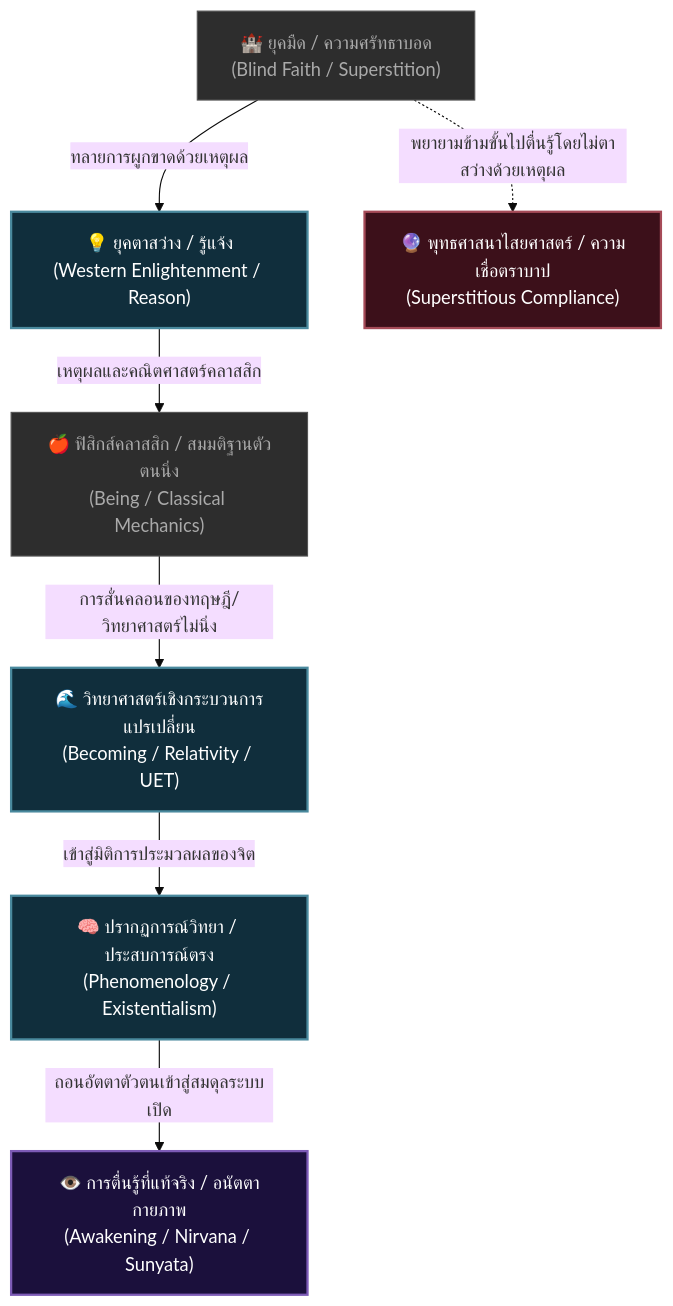
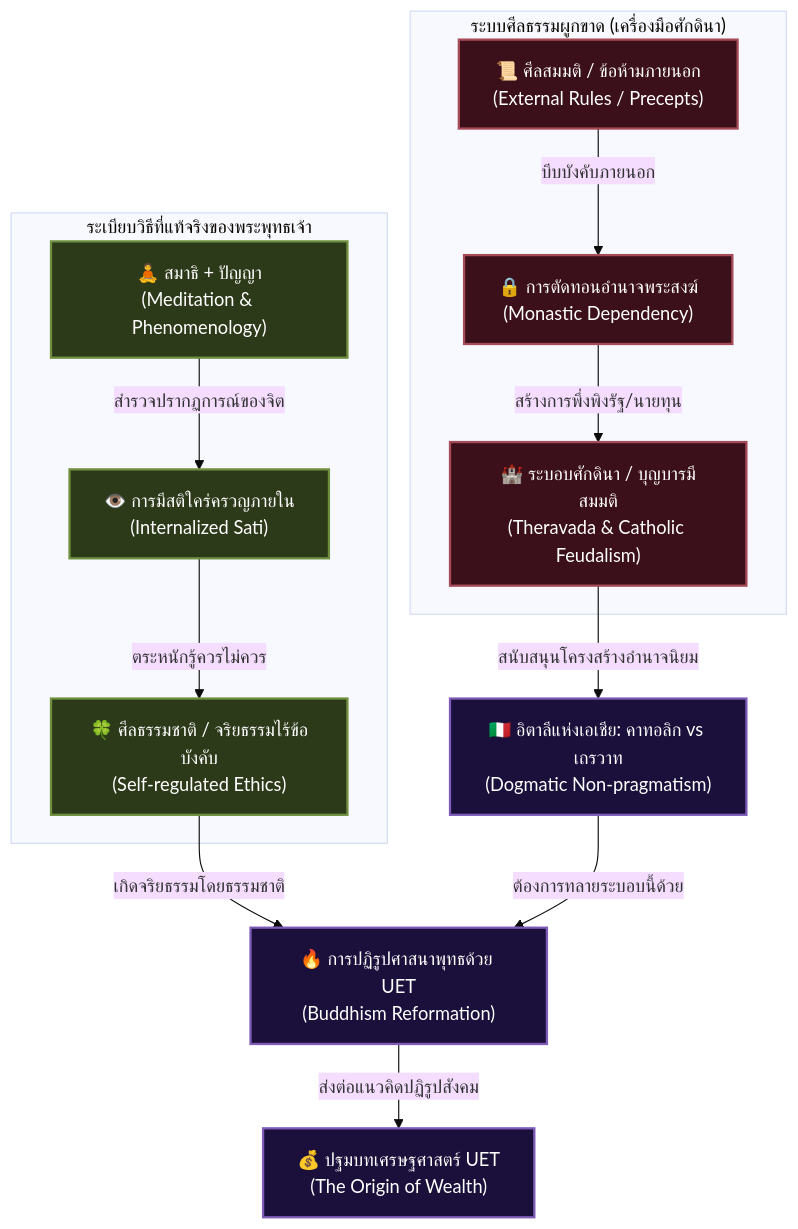
The diagram in uet_history/3_publish/books/05_reformation_of_the_mind/book_blueprint.md (ellipszist/unityequilibriumtheory), drawn with Mermaid (base theme) before and after one commit. The commit also changed other lines of this file and 1 other file, not shown here.

Commit message:
docs: refine Book 5 blueprint with user specific arguments on Sila, monks and Italy comparison

````diff
--- a/uet_history/3_publish/books/05_reformation_of_the_mind/book_blueprint.md
+++ b/uet_history/3_publish/books/05_reformation_of_the_mind/book_blueprint.md
@@ -10,27 +10,41 @@
 ```mermaid
 graph TD
-    %% Historical Evolution
-    DarkAge["🏰 ยุคมืด / ความศรัทธาบอด<br/>(Blind Faith / Superstition)"] -->|ทลายการผูกขาดด้วยเหตุผล| Enlightenment["💡 ยุคตาสว่าง / รู้แจ้ง<br/>(Western Enlightenment / Reason)"]
+    %% Dogmatic Path (The Problem)
+    subgraph Dogma ["ระบบศีลธรรมผูกขาด (เครื่องมือศักดินา)"]
+        Precepts["📜 ศีลสมมติ / ข้อห้ามภายนอก<br/>(External Rules / Precepts)"]
+        MonkLimits["🔒 การตัดทอนอำนาจพระสงฆ์<br/>(Monastic Dependency)"]
+        Feudalism["🏰 ระบอบศักดินา / บุญบารมีสมมติ<br/>(Theravada & Catholic Feudalism)"]
+    end
+
+    %% Buddha's Actual Path (The Solution)
+    subgraph Buddha ["ระเบียบวิธีที่แท้จริงของพระพุทธเจ้า"]
+        SamadhiPanna["🧘 สมาธิ + ปัญญา<br/>(Meditation & Phenomenology)"]
+        SatiAwake["👁️ การมีสติใคร่ครวญภายใน<br/>(Internalized Sati)"]
+        NaturalSila["🍀 ศีลธรรมชาติ / จริยธรรมไร้ข้อบังคับ<br/>(Self-regulated Ethics)"]
+    end
+
+    %% Comparative analysis
+    ItalyAnalog["🇮🇹 อิตาลีแห่งเอเชีย: คาทอลิก vs เถรวาท<br/>(Dogmatic Non-pragmatism)"]
+    Reformation["🔥 การปฏิรูปศาสนาพุทธด้วย UET<br/>(Buddhism Reformation)"]
+
+    %% Flow
+    Precepts -->|บีบบังคับภายนอก| MonkLimits
+    MonkLimits -->|สร้างการพึ่งพิงรัฐ/นายทุน| Feudalism
+    Feudalism -->|สนับสนุนโครงสร้างอำนาจนิยม| ItalyAnalog
     
-    Enlightenment -->|เหตุผลและคณิตศาสตร์คลาสสิก| Science["🍎 ฟิสิกส์คลาสสิก / สมมติฐานตัวตนนิ่ง<br/>(Being / Classical Mechanics)"]
+    SamadhiPanna -->|สำรวจปรากฏการณ์ของจิต| SatiAwake
+    SatiAwake -->|ตระหนักรู้ควรไม่ควร| NaturalSila
+    NaturalSila -->|เกิดจริยธรรมโดยธรรมชาติ| Reformation
     
-    Science -->|การสั่นคลอนของทฤษฎี/วิทยาศาสตร์ไม่นิ่ง| Becoming["🌊 วิทยาศาสตร์เชิงกระบวนการแปรเปลี่ยน<br/>(Becoming / Relativity / UET)"]
-    
-    Becoming -->|เข้าสู่มิติการประมวลผลของจิต| Phenomenology["🧠 ปรากฏการณ์วิทยา / ประสบการณ์ตรง<br/>(Phenomenology / Existentialism)"]
-    
-    Phenomenology -->|ถอนอัตตาตัวตนเข้าสู่สมดุลระบบเปิด| Awakening["👁️ การตื่นรู้ที่แท้จริง / อนัตตากายภาพ<br/>(Awakening / Nirvana / Sunyata)"]
-    
-    %% Contrast with Failure Path (Trying to skip Enlightenment)
-    DarkAge -.->|พยายามข้ามขั้นไปตื่นรู้โดยไม่ตาสว่างด้วยเหตุผล| FakeAwake["🔮 พุทธศาสนาไสยศาสตร์ / ความเชื่อตราบาป<br/>(Superstitious Compliance)"]
+    ItalyAnalog -->|ต้องการทลายระบอบนี้ด้วย| Reformation
+    Reformation -->|ส่งต่อแนวคิดปฏิรูปสังคม| EconBridge["💰 ปฐมบทเศรษฐศาสตร์ UET<br/>(The Origin of Wealth)"]
 
     %% Styles
-    classDef baseline fill:#2d2d2d,stroke:#555,color:#aaa;
-    classDef path fill:#102e3c,stroke:#4a8a9e,stroke-width:2px,color:#fff;
-    classDef peak fill:#1b103c,stroke:#7d5bb6,stroke-width:2px,color:#fff;
-    classDef fail fill:#3c101a,stroke:#a64b58,stroke-width:2px,color:#fff;
+    classDef dogma fill:#3c101a,stroke:#a64b58,stroke-width:2px,color:#fff;
+    classDef buddha fill:#2d3a1a,stroke:#6e8f3d,stroke-width:2px,color:#fff;
+    classDef bridge fill:#1b103c,stroke:#7d5bb6,stroke-width:2px,color:#fff;
     
-    class DarkAge,Science baseline;
-    class Enlightenment,Becoming,Phenomenology path;
-    class Awakening peak;
-    class FakeAwake,FakeClaim fail;
+    class Precepts,MonkLimits,Feudalism dogma;
+    class SamadhiPanna,SatiAwake,NaturalSila buddha;
+    class ItalyAnalog,Reformation,EconBridge bridge;
 ```
````
